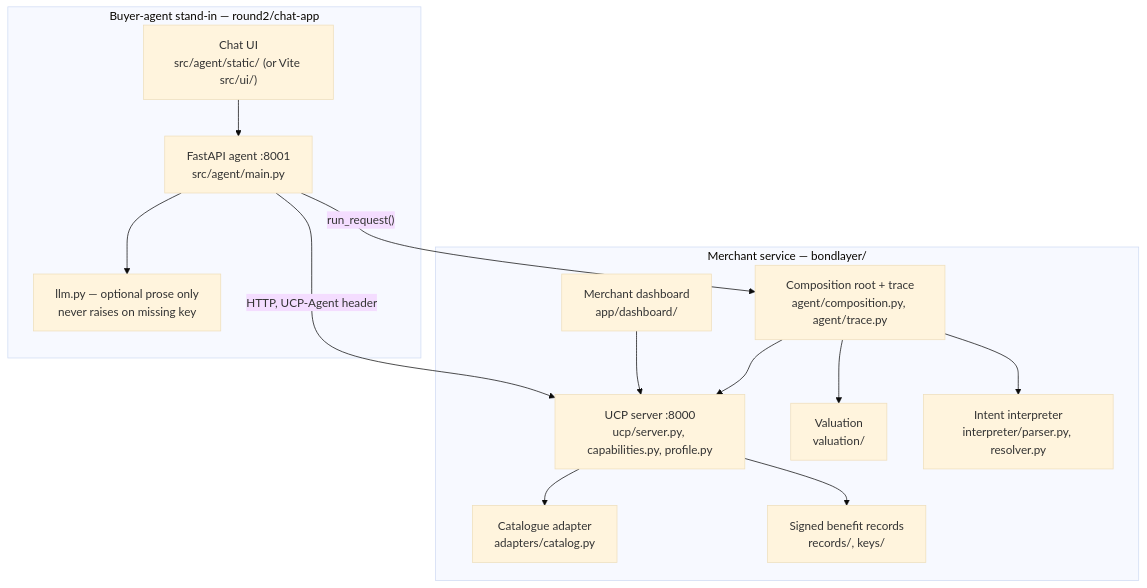
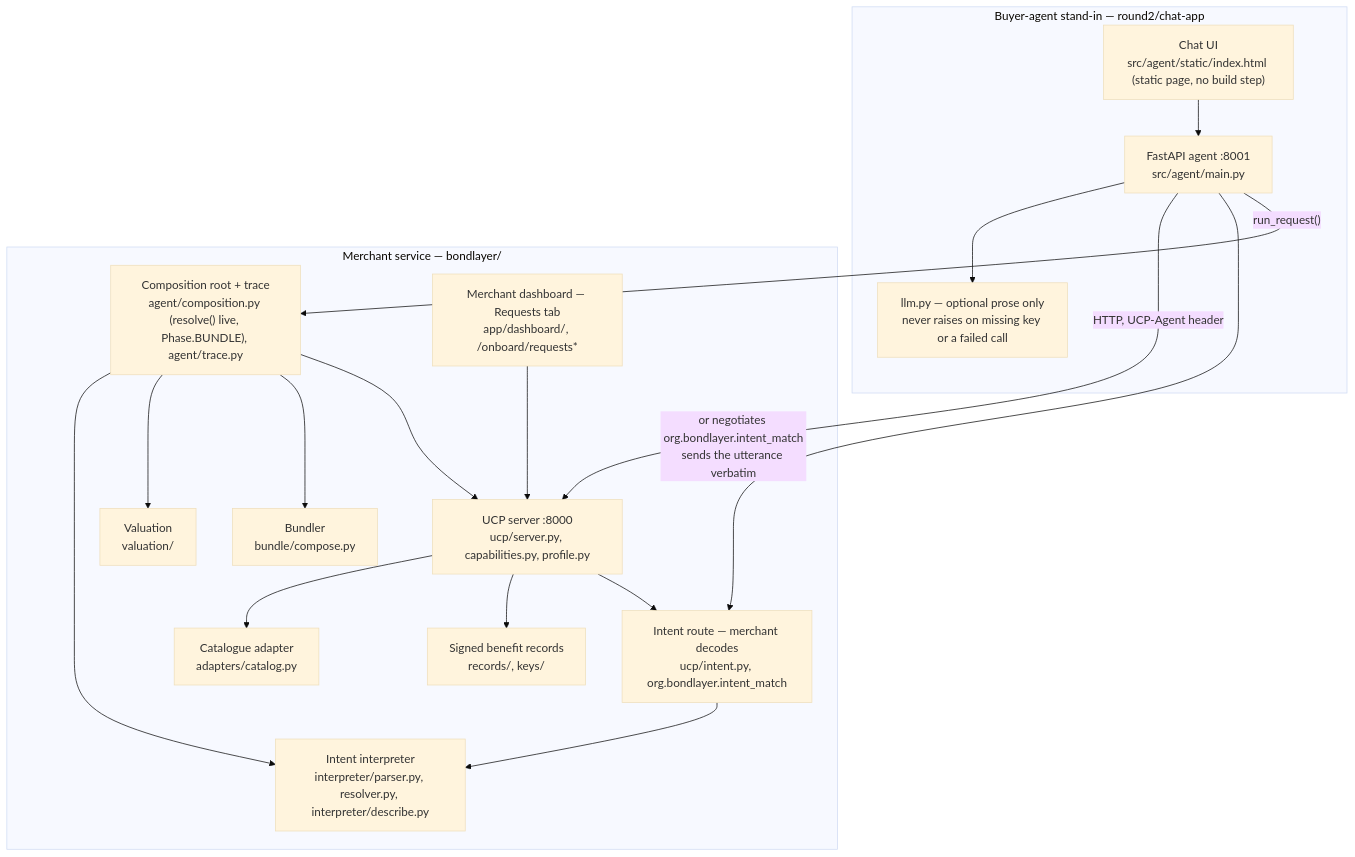
The diagram in round2/system-architecture.md (kaiday/UAVSHackathon-BondLayer), drawn with Mermaid (base theme) before and after one commit. The commit also changed other lines of this file, not shown here.

First line of the commit message:
docs: system-architecture.md — add the intent path and the bundler

````diff
--- a/round2/system-architecture.md
+++ b/round2/system-architecture.md
@@ -14,28 +17,33 @@
 ```mermaid
 flowchart TD
     subgraph agent_side["Buyer-agent stand-in — round2/chat-app"]
-        UI["Chat UI\nsrc/agent/static/ (or Vite src/ui/)"]
+        UI["Chat UI\nsrc/agent/static/index.html (static page, no build step)"]
         AGENT["FastAPI agent :8001\nsrc/agent/main.py"]
-        LLM["llm.py — optional prose only\nnever raises on missing key"]
+        LLM["llm.py — optional prose only\nnever raises on missing key or a failed call"]
         UI --> AGENT --> LLM
     end
 
     subgraph merchant_side["Merchant service — bondlayer/"]
         UCP["UCP server :8000\nucp/server.py, capabilities.py, profile.py"]
+        INTENT["Intent route — merchant decodes\nucp/intent.py, org.bondlayer.intent_match"]
         ADAPT["Catalogue adapter\nadapters/catalog.py"]
         REC["Signed benefit records\nrecords/, keys/"]
         VAL["Valuation\nvaluation/"]
-        INTERP["Intent interpreter\ninterpreter/parser.py, resolver.py"]
-        COMP["Composition root + trace\nagent/composition.py, agent/trace.py"]
-        DASH["Merchant dashboard\napp/dashboard/"]
+        INTERP["Intent interpreter\ninterpreter/parser.py, resolver.py, interpreter/describe.py"]
+        COMP["Composition root + trace\nagent/composition.py (resolve() live, Phase.BUNDLE), agent/trace.py"]
+        BUNDLE["Bundler\nbundle/compose.py"]
+        DASH["Merchant dashboard — Requests tab\napp/dashboard/, /onboard/requests*"]
         UCP --> ADAPT
         UCP --> REC
+        UCP --> INTENT --> INTERP
         COMP --> INTERP
         COMP --> VAL
+        COMP --> BUNDLE
         COMP --> UCP
         DASH --> UCP
     end
 
     AGENT -- "HTTP, UCP-Agent header" --> UCP
+    AGENT -- "or negotiates org.bondlayer.intent_match\nsends the utterance verbatim" --> INTENT
     AGENT -- "run_request()" --> COMP
 ```
````
